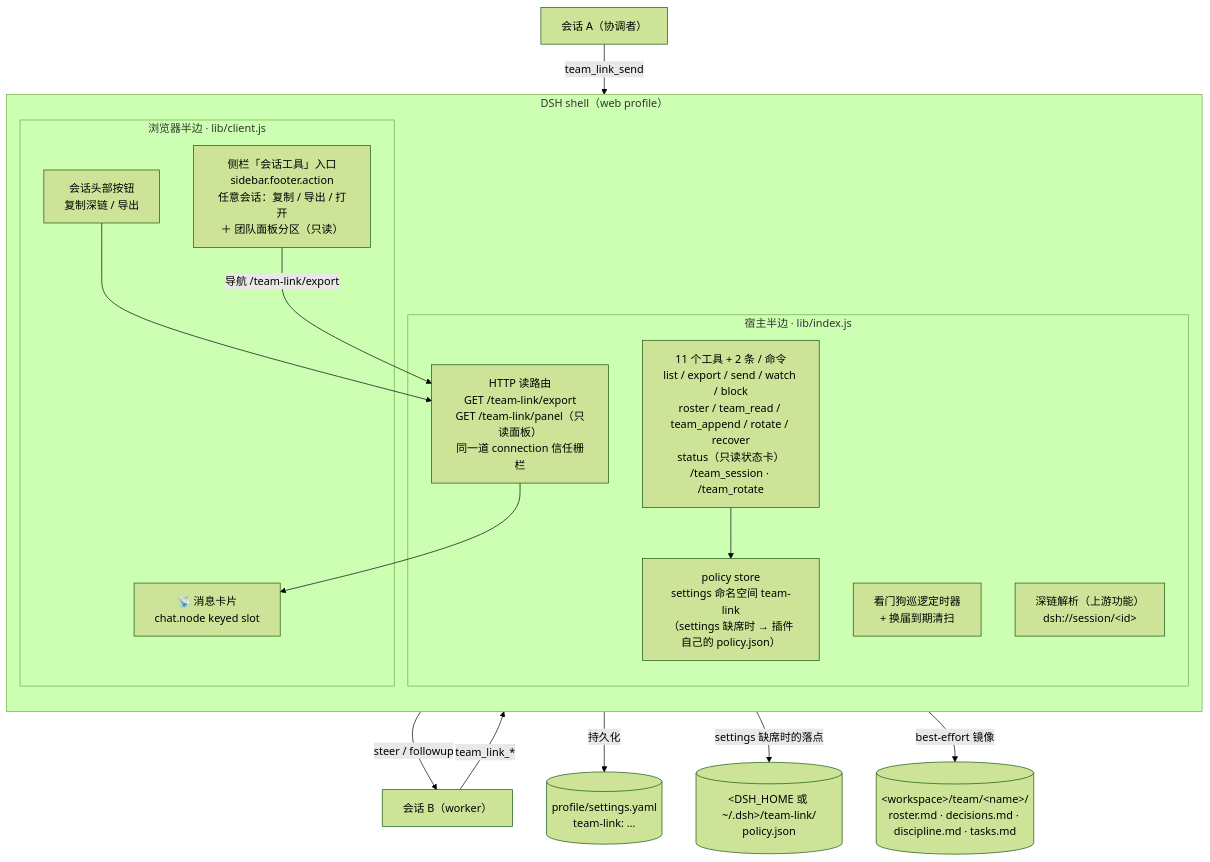
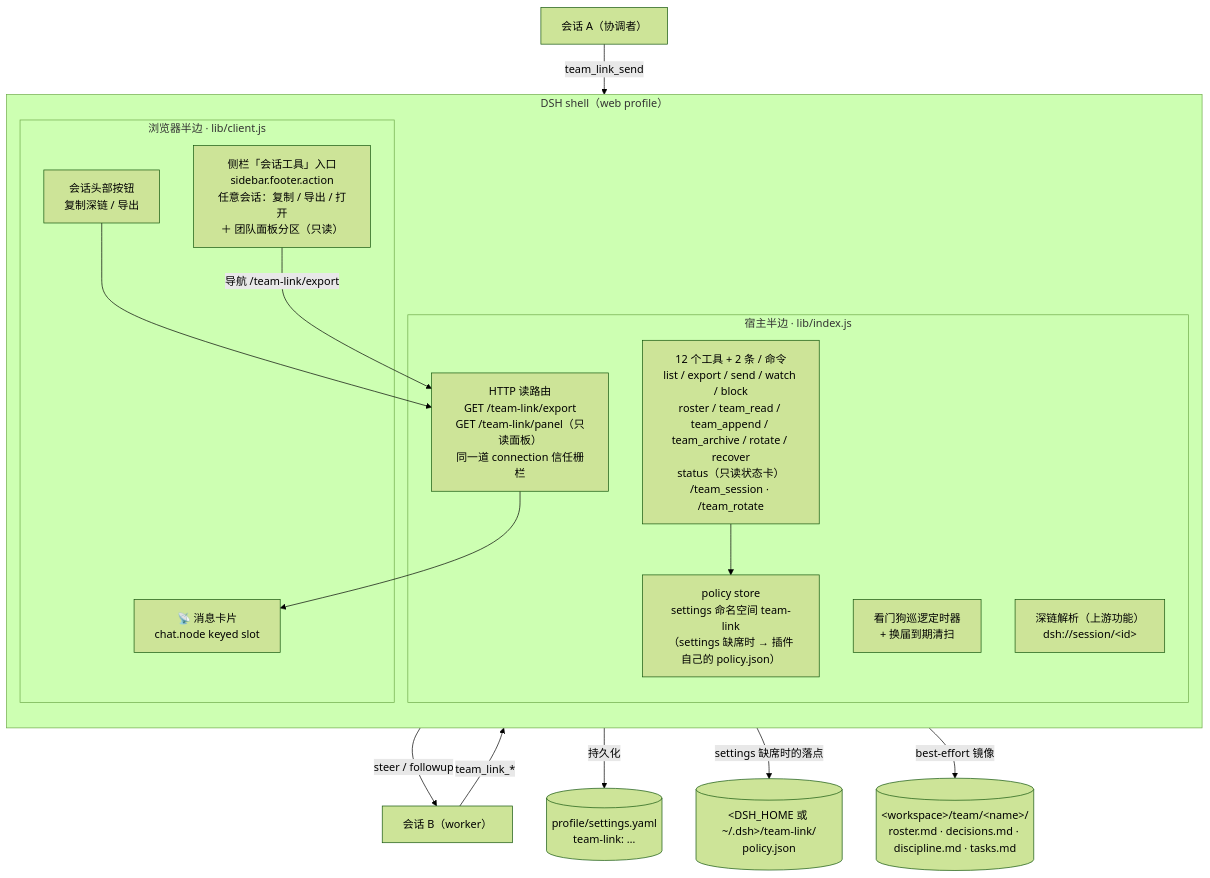
The first of 7 diagrams in README.md (shenhuanageshei/dsh-team-link), drawn with Mermaid (forest theme) before and after one commit. The commit also changed other lines of this file and 15 other files, not shown here.

````diff
--- a/README.md
+++ b/README.md
@@ -230,28 +230,28 @@
 ```mermaid
 flowchart TB
     subgraph Shell["DSH shell（web profile）"]
         direction TB
         subgraph Host["宿主半边 · lib/index.js"]
-            T["11 个工具 + 2 条 / 命令<br/>list / export / send / watch / block<br/>roster / team_read / team_append / rotate / recover<br/>status（只读状态卡）<br/>/team_session · /team_rotate"]
+            T["12 个工具 + 2 条 / 命令<br/>list / export / send / watch / block<br/>roster / team_read / team_append / team_archive / rotate / recover<br/>status（只读状态卡）<br/>/team_session · /team_rotate"]
             R["HTTP 读路由<br/>GET /team-link/export<br/>GET /team-link/panel（只读面板）<br/>同一道 connection 信任栅栏"]
             W["看门狗巡逻定时器<br/>+ 换届到期清扫"]
             DL["深链解析（上游功能）<br/>dsh://session/&lt;id&gt;"]
             ST["policy store<br/>settings 命名空间 team-link<br/>（settings 缺席时 → 插件自己的 policy.json）"]
         end
         subgraph Client["浏览器半边 · lib/client.js"]
             CARD["📡 消息卡片<br/>chat.node keyed slot"]
             BTN["会话头部按钮<br/>复制深链 / 导出"]
             SLOT["侧栏「会话工具」入口<br/>sidebar.footer.action<br/>任意会话：复制 / 导出 / 打开<br/>＋ 团队面板分区（只读）"]
         end
     end
     S1["会话 A（协调者）"] -->|team_link_send| T
     S2["会话 B（worker）"] -->|team_link_*| T
     T -->|steer / followup| S2
     T --> ST
     ST -->|持久化| YAML[("profile/settings.yaml<br/>team-link: …")]
     ST -->|settings 缺席时的落点| PFILE[("&lt;DSH_HOME 或 ~/.dsh&gt;/team-link/<br/>policy.json")]
     T -->|best-effort 镜像| BB[("&lt;workspace&gt;/team/&lt;name&gt;/<br/>roster.md · decisions.md · discipline.md · tasks.md")]
     R --> CARD
     BTN --> R
     SLOT -->|导航 /team-link/export| R
 ```
````
